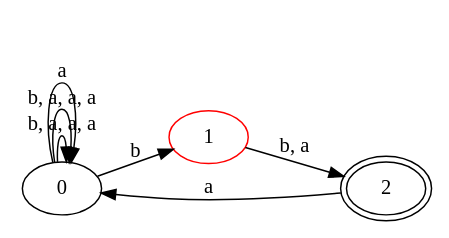
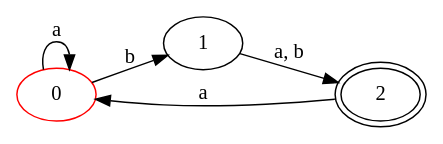
The diagram in affichage.dot (userdigitaldevil/automata), drawn with Graphviz before and after one commit. The commit also changed 3 other files, not shown here.

```diff
--- a/affichage.dot
+++ b/affichage.dot
@@ -1,13 +1,10 @@
 digraph a {
  rankdir=LR
-0[ label ="0",];
-0 -> 0 [ label = "b, a, a, a" ];
-0 -> 0 [ label = "b, a, a, a" ];
-0[ label ="0",];
+0[ label ="0", color=red ];
+0 -> 1 [ label = "b" ];
 0 -> 0 [ label = "a" ];
-0 -> 1 [ label = "b" ];
-1[ label ="1", color=red ];
-1 -> 2 [ label = "b, a" ];
+1[ label ="1",];
+1 -> 2 [ label = "a, b" ];
 2[ label ="2",peripheries=2 ];
 2 -> 0 [ label = "a" ];
 }
```
